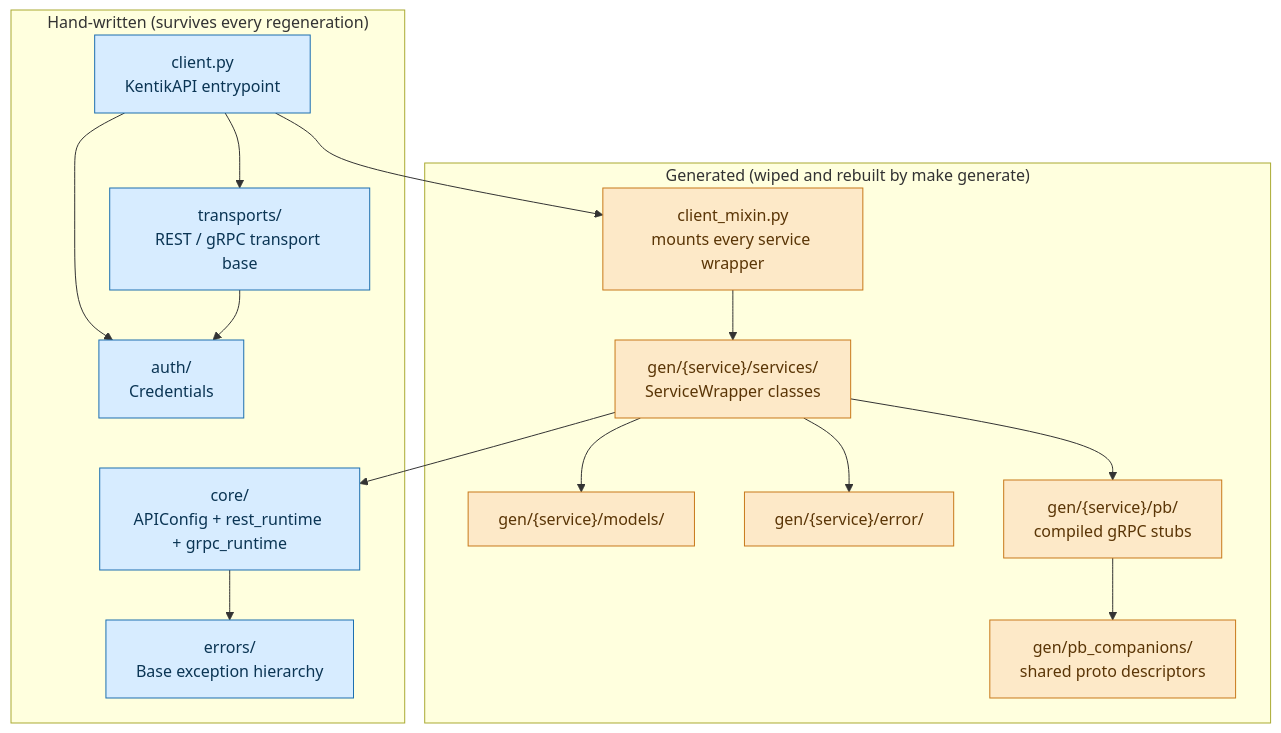
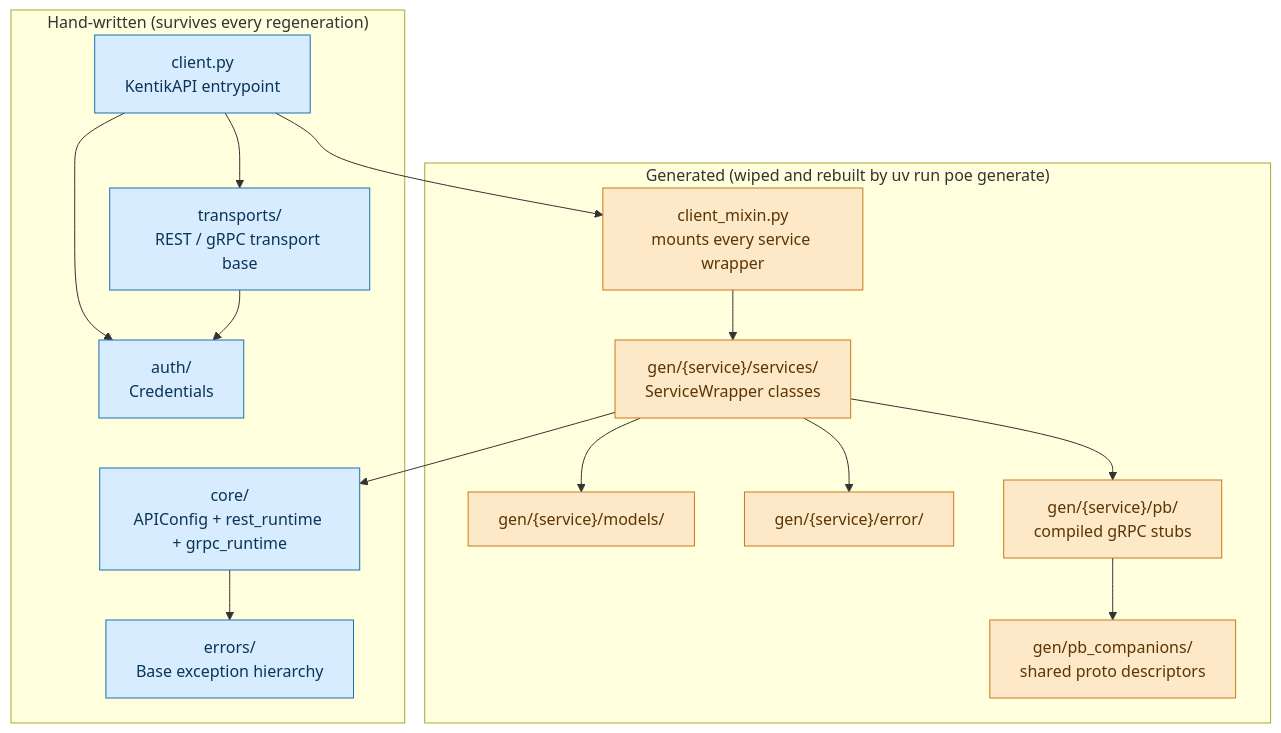
One commit to alexdearaujo/community_sdk_python changed the diagram in README.md. Above: the diagram before and after it, drawn with Mermaid. The commit also changed other lines of this file and 162 other files, not shown here.

Commit message:
docs: name poe tasks instead of make targets everywhere, and amend the constitution to 1.4.4

````diff
--- a/README.md
+++ b/README.md
@@ -19,36 +19,36 @@
 ```mermaid
 flowchart TB
     subgraph HW["Hand-written (survives every regeneration)"]
         Client["client.py<br/>KentikAPI entrypoint"]
         Auth["auth/<br/>Credentials"]
         Core["core/<br/>APIConfig + rest_runtime + grpc_runtime"]
         Errors["errors/<br/>Base exception hierarchy"]
         Transports["transports/<br/>REST / gRPC transport base"]
     end
 
-    subgraph GEN["Generated (wiped and rebuilt by make generate)"]
+    subgraph GEN["Generated (wiped and rebuilt by uv run poe generate)"]
         Mixin["client_mixin.py<br/>mounts every service wrapper"]
         Wrappers["gen/{service}/services/<br/>ServiceWrapper classes"]
         Models["gen/{service}/models/"]
         GenErrors["gen/{service}/error/"]
         Pb["gen/{service}/pb/<br/>compiled gRPC stubs"]
         Companions["gen/pb_companions/<br/>shared proto descriptors"]
     end
 
     Client --> Mixin
     Client --> Auth
     Client --> Transports
     Mixin --> Wrappers
     Wrappers --> Models
     Wrappers --> Core
     Wrappers --> GenErrors
     Wrappers --> Pb
     Pb --> Companions
     Core --> Errors
     Transports --> Auth
 
     classDef handwritten fill:#d7ecff,stroke:#1c6fb0,color:#0b3554
     classDef generated fill:#fde9c8,stroke:#c8791a,color:#5a3506
     class Client,Auth,Core,Errors,Transports handwritten
     class Mixin,Wrappers,Models,GenErrors,Pb,Companions generated
 ```
````
